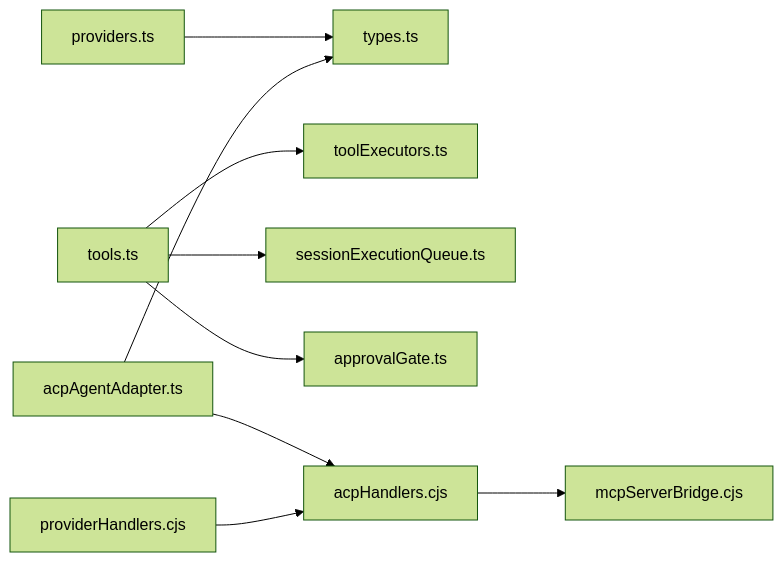
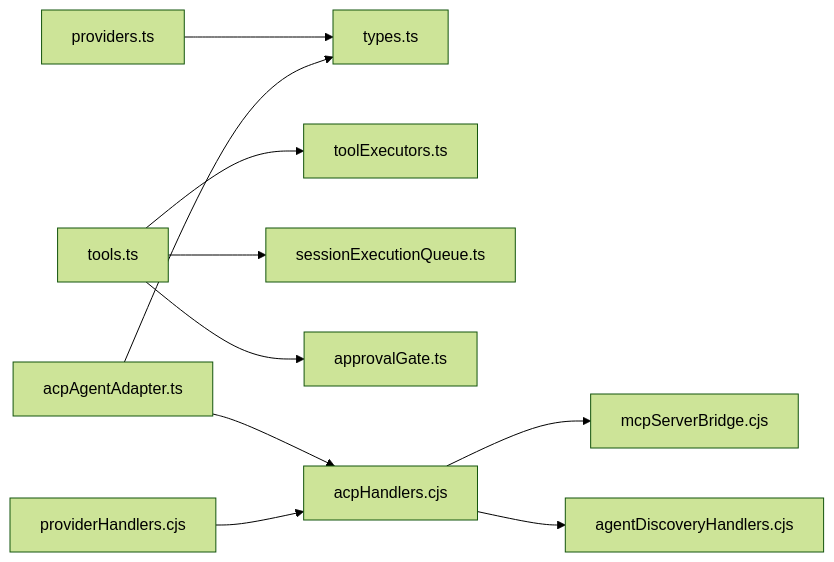
Before and after one commit to szeiyou/Netcatty: the eighth of 8 diagrams in .qoder/repowiki/zh/content/开发者文档/基础设施服务/AI基础设施.md, drawn with Mermaid (forest theme). The commit also changed other lines of this file and 8 other files, not shown here.

````diff
--- a/.qoder/repowiki/zh/content/开发者文档/基础设施服务/AI基础设施.md
+++ b/.qoder/repowiki/zh/content/开发者文档/基础设施服务/AI基础设施.md
@@ -375,11 +402,12 @@
 ```mermaid
 graph LR
 Providers["providers.ts"] --> Types["types.ts"]
 Tools["tools.ts"] --> Exec["toolExecutors.ts"]
 Tools --> Queue["sessionExecutionQueue.ts"]
 Tools --> Approve["approvalGate.ts"]
 ACP["acpAgentAdapter.ts"] --> Types
 ACP --> Handlers["acpHandlers.cjs"]
 Handlers --> MCP["mcpServerBridge.cjs"]
+Handlers --> Discovery["agentDiscoveryHandlers.cjs"]
 ProvHandlers["providerHandlers.cjs"] --> Handlers
 ```
````
